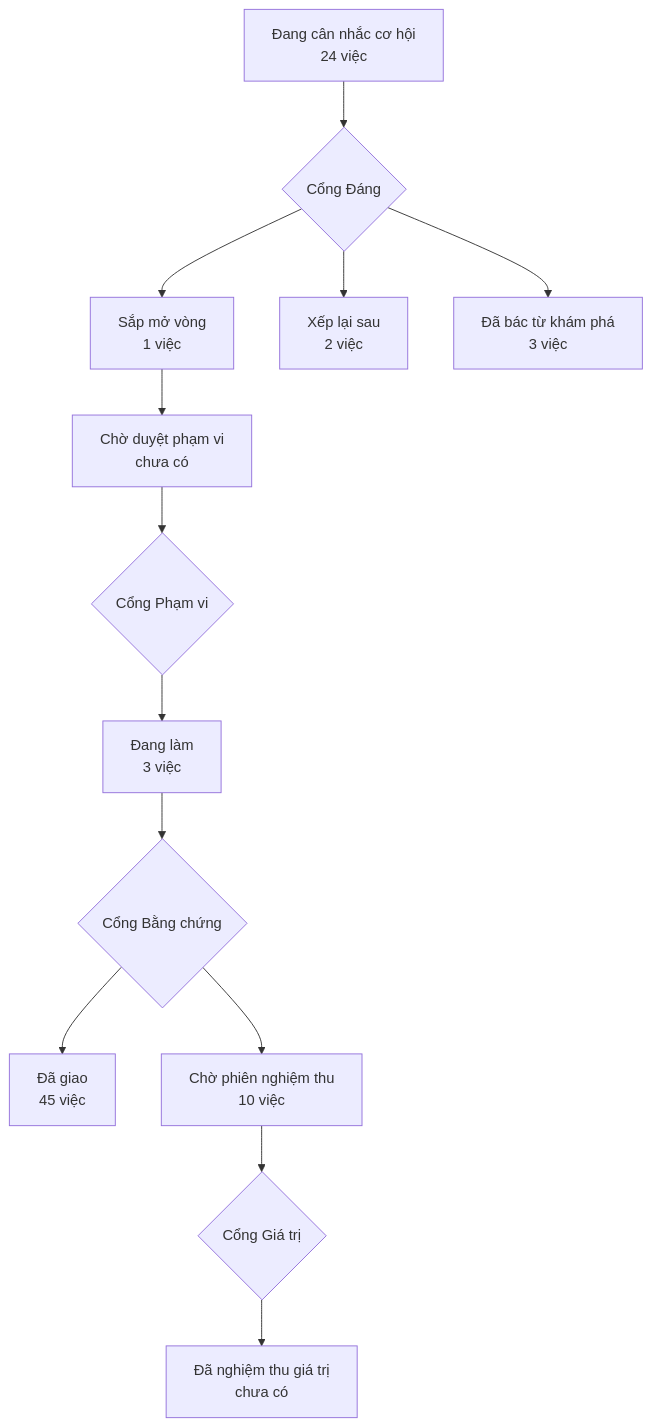
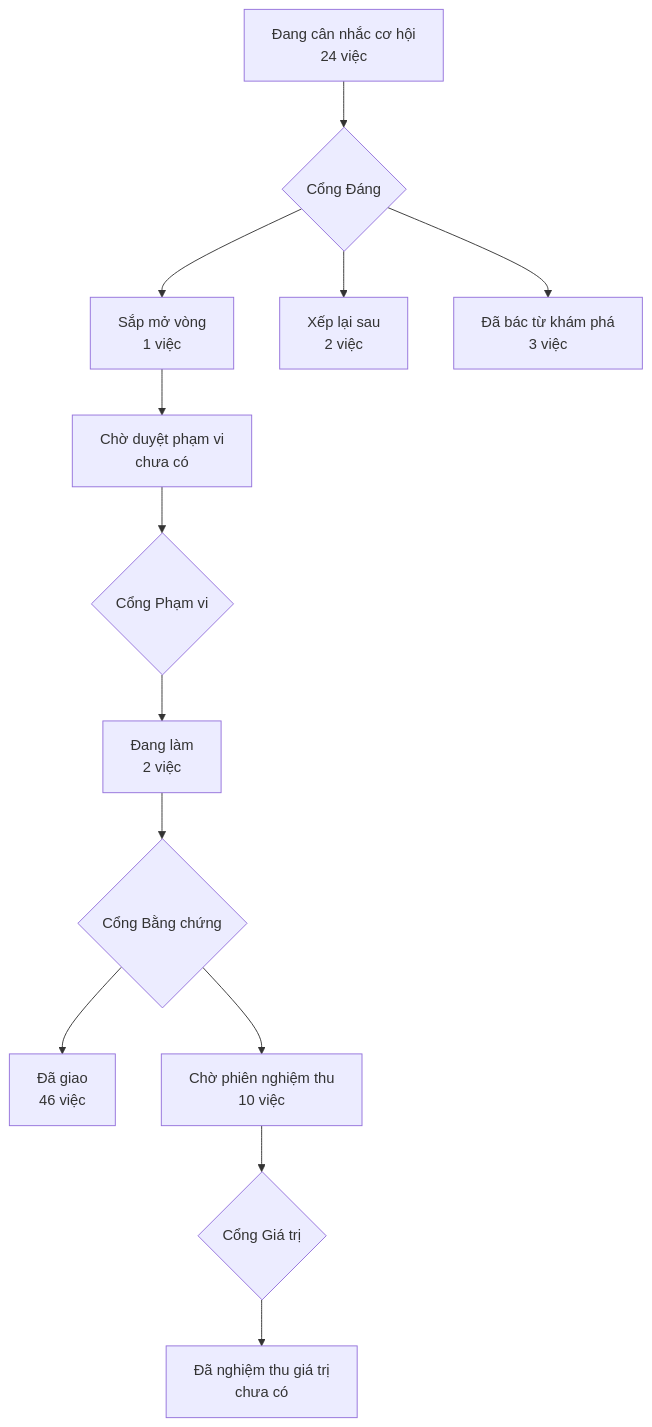
One commit to phanlemanh/acceptance-gate-kit changed the diagram in PRODUCT-MAP.md. Above: the diagram before and after it, drawn with Mermaid. The commit also changed 3 other files, not shown here.

````diff
--- a/PRODUCT-MAP.md
+++ b/PRODUCT-MAP.md
@@ -6,12 +6,12 @@
 ```mermaid
 flowchart TD
   A["Đang cân nhắc cơ hội<br/>24 việc"] --> GD{"Cổng Đáng"}
   GD --> B["Sắp mở vòng<br/>1 việc"]
   GD --> XL["Xếp lại sau<br/>2 việc"]
   GD --> DB["Đã bác từ khám phá<br/>3 việc"]
   B --> CD["Chờ duyệt phạm vi<br/>chưa có"] --> GP{"Cổng Phạm vi"}
-  GP --> DL["Đang làm<br/>3 việc"] --> GB{"Cổng Bằng chứng"}
-  GB --> DG["Đã giao<br/>45 việc"]
+  GP --> DL["Đang làm<br/>2 việc"] --> GB{"Cổng Bằng chứng"}
+  GB --> DG["Đã giao<br/>46 việc"]
   GB --> CN["Chờ phiên nghiệm thu<br/>10 việc"] --> GG{"Cổng Giá trị"}
   GG --> NT["Đã nghiệm thu giá trị<br/>chưa có"]
 ```
````
